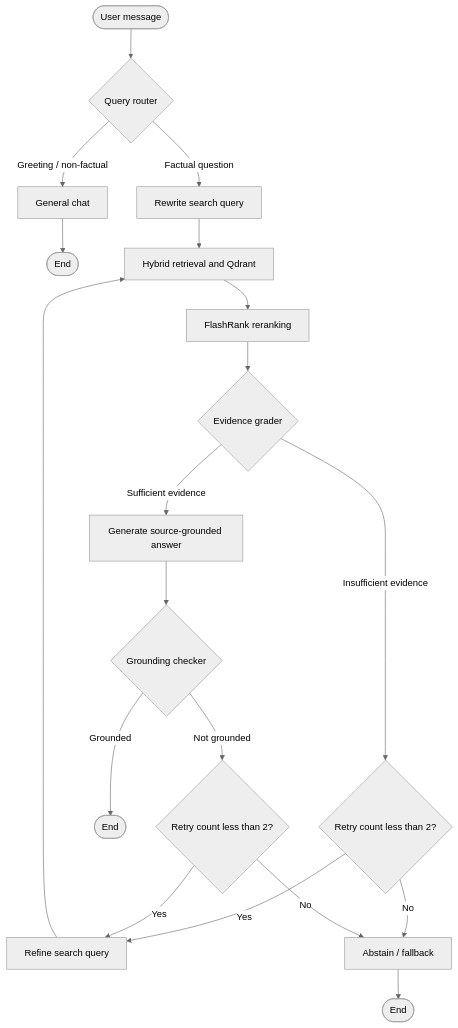
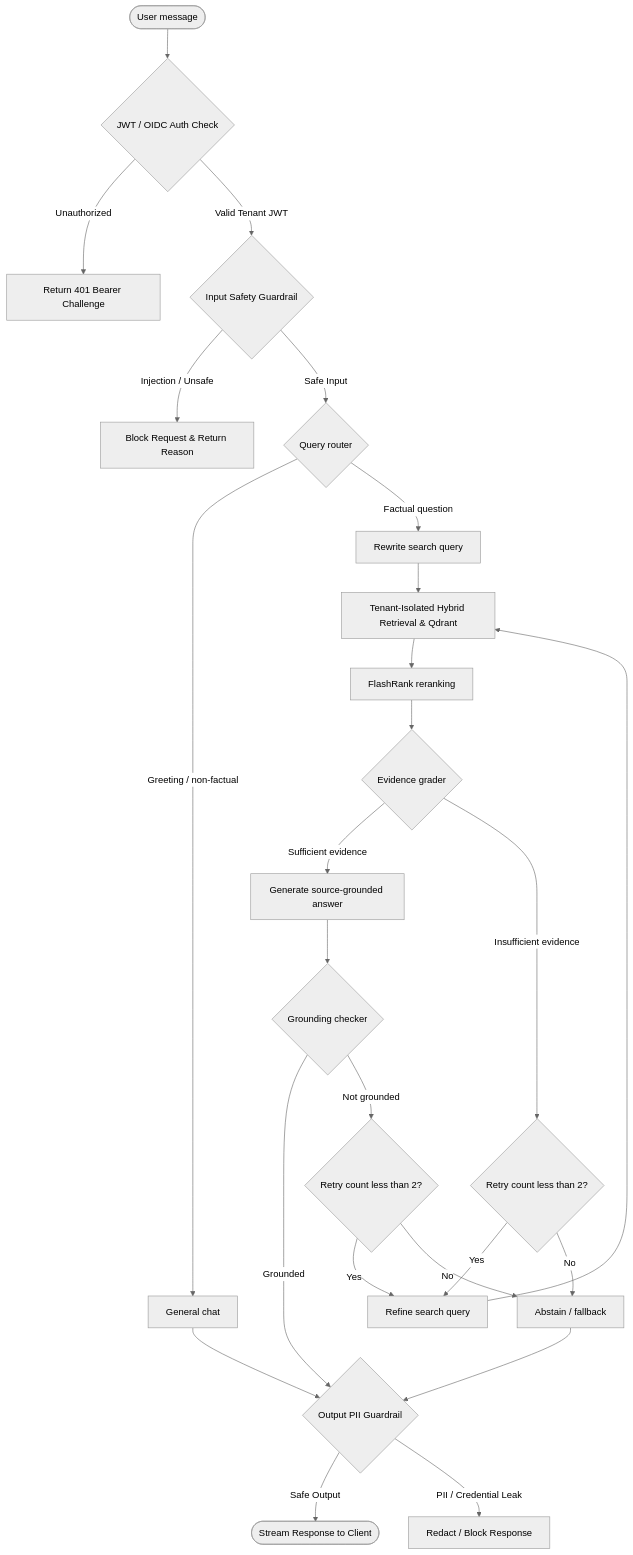
Before and after one commit to BabarAli93/agentic-rag: the diagram in README.md, drawn with Mermaid (neutral theme). The commit also changed other lines of this file and 20 other files, not shown here.

````diff
--- a/README.md
+++ b/README.md
@@ -20,27 +47,35 @@
 ```mermaid
 flowchart TD
-    START([User message]) --> Router{Query router}
+    START([User message]) --> Auth{JWT / OIDC Auth Check}
+    Auth -->|Unauthorized| 401[Return 401 Bearer Challenge]
+    Auth -->|Valid Tenant JWT| InGuard{Input Safety Guardrail}
+    
+    InGuard -->|Injection / Unsafe| Blocked[Block Request & Return Reason]
+    InGuard -->|Safe Input| Router{Query router}
 
     Router -->|Greeting / non-factual| GeneralChat[General chat]
-    GeneralChat --> END1([End])
+    GeneralChat --> OutGuard
 
     Router -->|Factual question| Rewriter[Rewrite search query]
-    Rewriter --> Retrieval[Hybrid retrieval and Qdrant]
+    Rewriter --> Retrieval[Tenant-Isolated Hybrid Retrieval & Qdrant]
     Retrieval --> Rerank[FlashRank reranking]
     Rerank --> Grader{Evidence grader}
 
     Grader -->|Sufficient evidence| Generator[Generate source-grounded answer]
     Grader -->|Insufficient evidence| CheckRetry1{Retry count less than 2?}
 
     Generator --> Grounding{Grounding checker}
-    Grounding -->|Grounded| END2([End])
+    Grounding -->|Grounded| OutGuard{Output PII Guardrail}
     Grounding -->|Not grounded| CheckRetry2{Retry count less than 2?}
 
     CheckRetry1 -->|Yes| Refine[Refine search query]
     CheckRetry1 -->|No| Abstain[Abstain / fallback]
     CheckRetry2 -->|Yes| Refine
     CheckRetry2 -->|No| Abstain
 
     Refine --> Retrieval
-    Abstain --> END3([End])
+    Abstain --> OutGuard
+
+    OutGuard -->|Safe Output| END2([Stream Response to Client])
+    OutGuard -->|PII / Credential Leak| Sanitized[Redact / Block Response]
 ```
````
